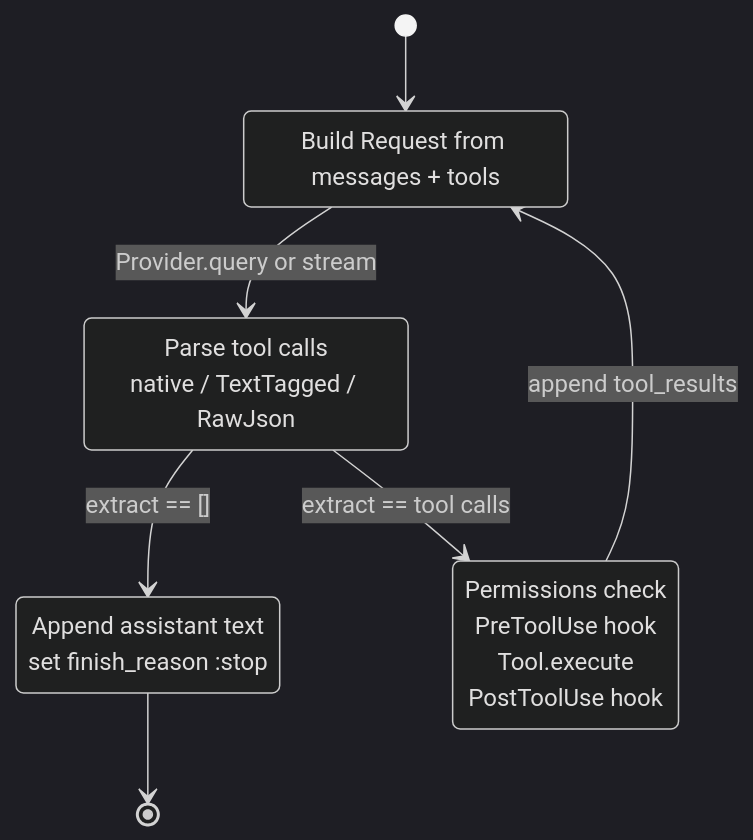
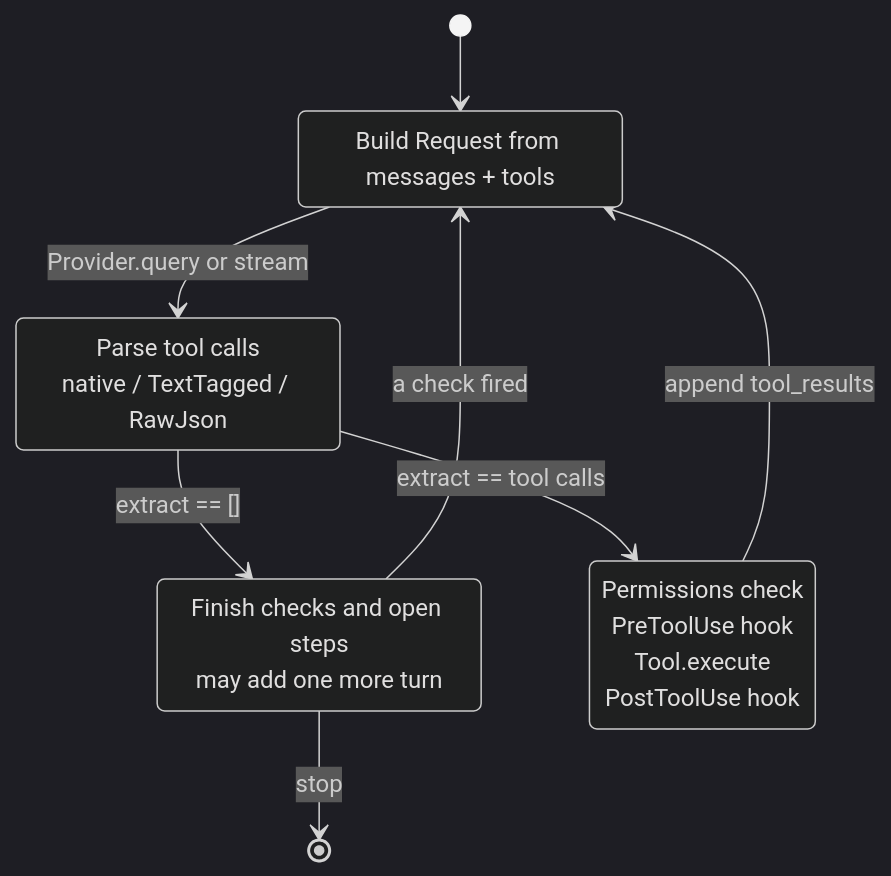
The diagram in docs/04-modes.md (udin-io/ex_athena), drawn with Mermaid (dark theme) before and after one commit. The commit also changed other lines of this file and 11 other files, not shown here.

````diff
--- a/docs/04-modes.md
+++ b/docs/04-modes.md
@@ -54,13 +37,14 @@
 ```mermaid
 stateDiagram-v2
   [*] --> Thinking
   Thinking: Build Request from messages + tools
   Thinking --> Acting: Provider.query or stream
   Acting: Parse tool calls<br/>native / TextTagged / RawJson
   Acting --> NoTools: extract == []
   Acting --> Observing: extract == tool calls
   Observing: Permissions check<br/>PreToolUse hook<br/>Tool.execute<br/>PostToolUse hook
   Observing --> Thinking: append tool_results
-  NoTools: Append assistant text<br/>set finish_reason :stop
-  NoTools --> [*]
+  NoTools: Finish checks and open steps<br/>may add one more turn
+  NoTools --> Thinking: a check fired
+  NoTools --> [*]: stop
 ```
````
